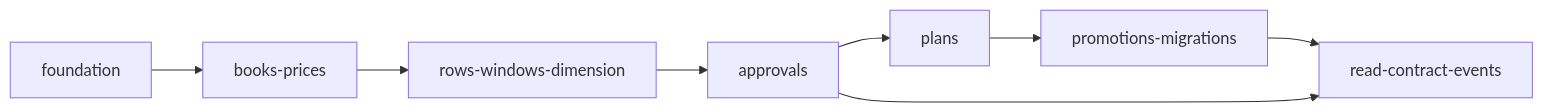
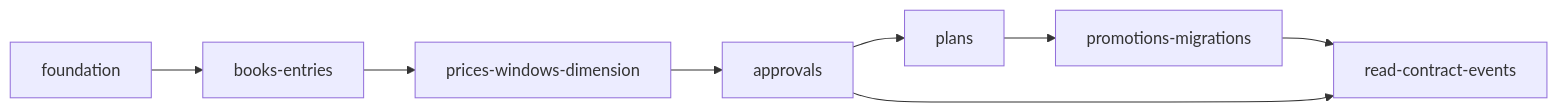
Before and after one commit to diffora/gears-rust: the diagram in gears/bss/pricing/docs/DECOMPOSITION.md, drawn with Mermaid. The commit also changed other lines of this file and 41 other files, not shown here.

````diff
--- a/gears/bss/pricing/docs/DECOMPOSITION.md
+++ b/gears/bss/pricing/docs/DECOMPOSITION.md
@@ -136,6 +136,6 @@
 ```mermaid
 flowchart LR
-  foundation --> books-prices --> rows-windows-dimension --> approvals
+  foundation --> books-entries --> prices-windows-dimension --> approvals
   approvals --> plans --> promotions-migrations --> read-contract-events
   approvals --> read-contract-events
 ```
````
